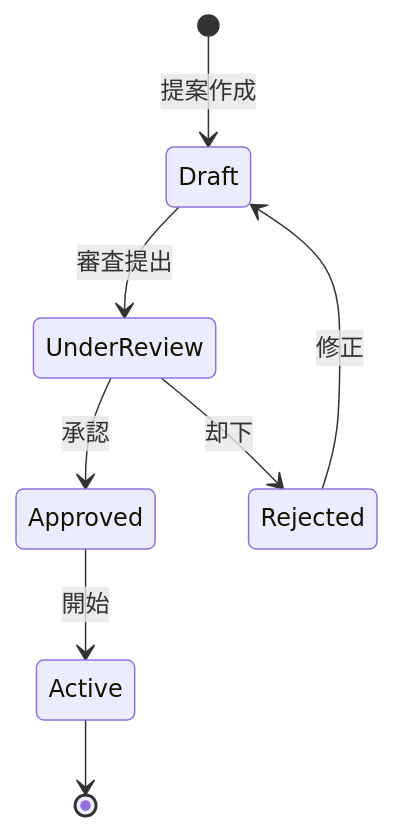
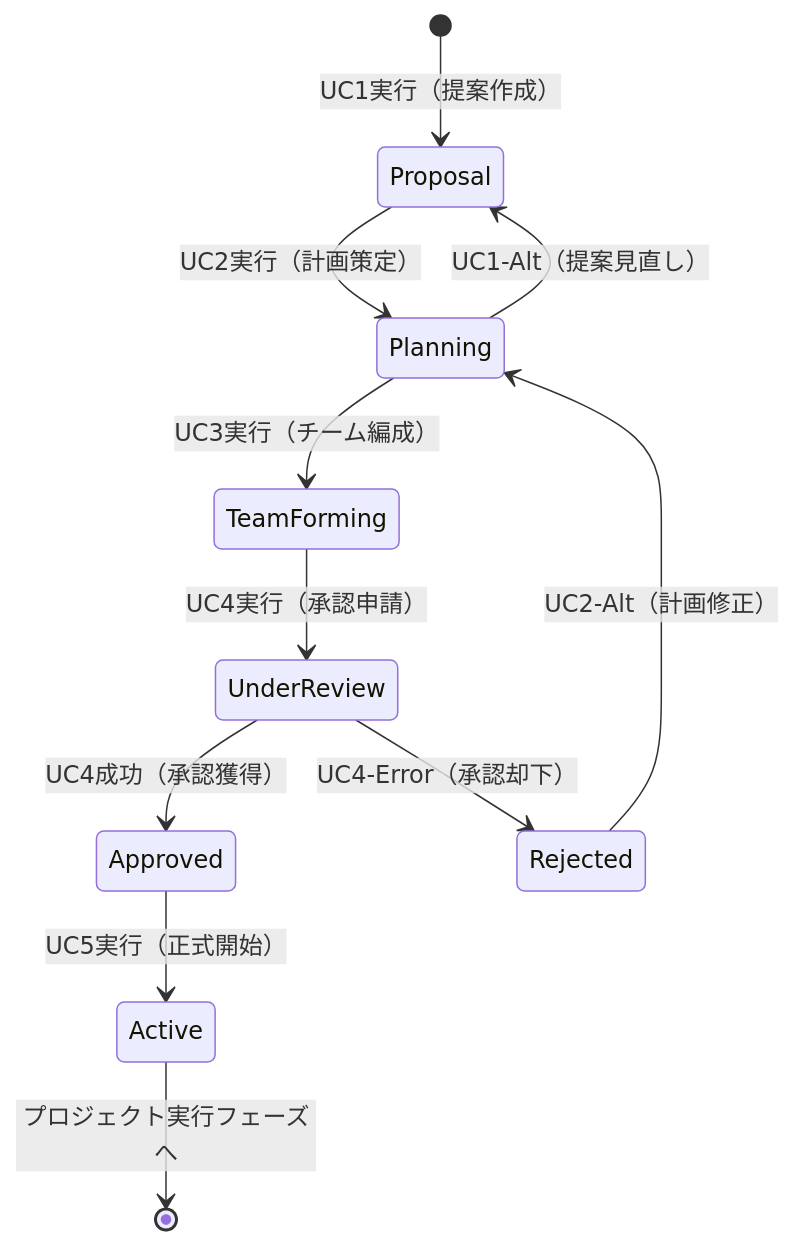
Before and after one commit to hmoriya/consultingTool: the diagram in consulting-dashboard-new/docs/parasol/services/project-success-service/capabilities/plan-and-execute-project/operations/launch-project/operation.md, drawn with Mermaid. The commit also changed other lines of this file and 76 other files, not shown here.

````diff
--- a/consulting-dashboard-new/docs/parasol/services/project-success-service/capabilities/plan-and-execute-project/operations/launch-project/operation.md
+++ b/consulting-dashboard-new/docs/parasol/services/project-success-service/capabilities/plan-and-execute-project/operations/launch-project/operation.md
@@ -54,10 +189,13 @@
 ```mermaid
 stateDiagram-v2
-    [*] --> Draft: 提案作成
-    Draft --> UnderReview: 審査提出
-    UnderReview --> Approved: 承認
-    UnderReview --> Rejected: 却下
-    Rejected --> Draft: 修正
-    Approved --> Active: 開始
-    Active --> [*]
+    [*] --> Proposal: UC1実行（提案作成）
+    Proposal --> Planning: UC2実行（計画策定）
+    Planning --> TeamForming: UC3実行（チーム編成）
+    TeamForming --> UnderReview: UC4実行（承認申請）
+    UnderReview --> Approved: UC4成功（承認獲得）
+    UnderReview --> Rejected: UC4-Error（承認却下）
+    Approved --> Active: UC5実行（正式開始）
+    Rejected --> Planning: UC2-Alt（計画修正）
+    Planning --> Proposal: UC1-Alt（提案見直し）
+    Active --> [*]: プロジェクト実行フェーズへ
 ```
````
